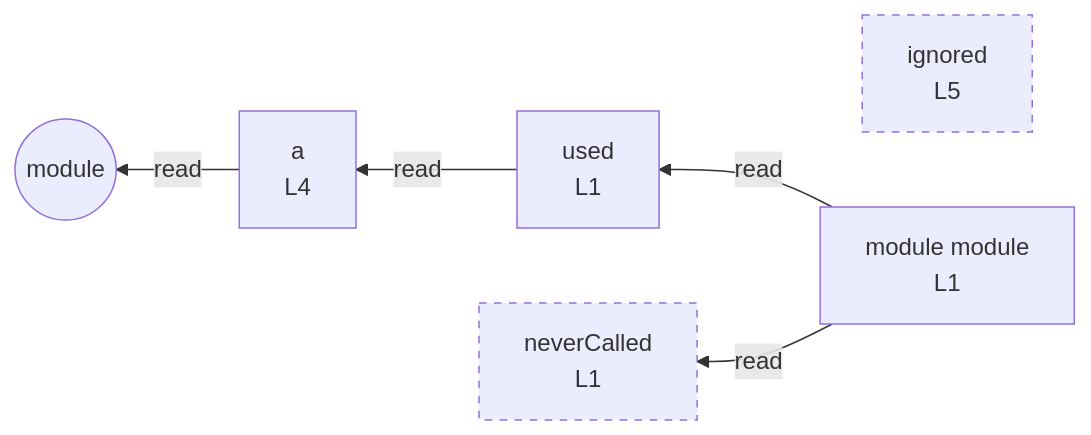
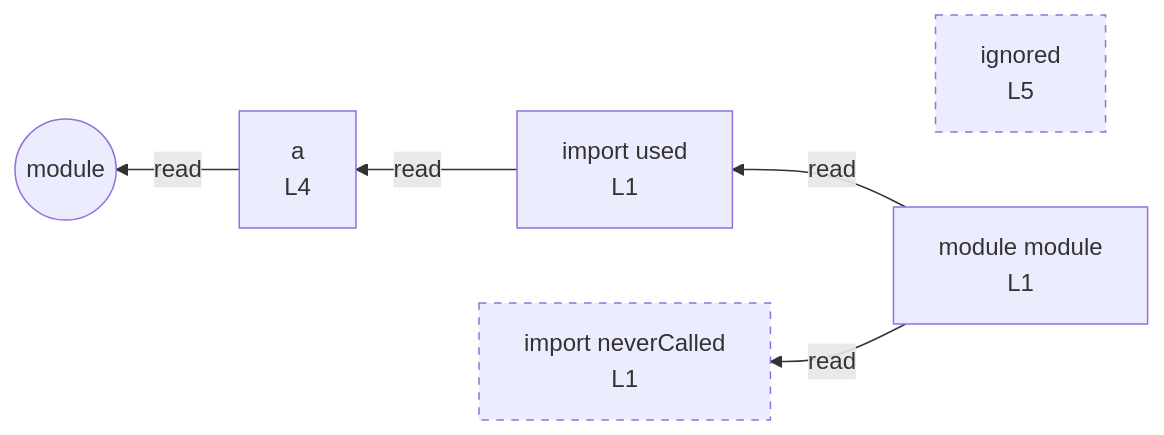
One commit to crescware/unsnarl changed the diagram in integration/fixtures/unused-and-var/preview.md. Above: the diagram before and after it, drawn with Mermaid. The commit also changed 7 other files, not shown here.

First line of the commit message:
fix(mermaid): restore 'import ' prefix on default and same-name named imports

````diff
--- a/integration/fixtures/unused-and-var/preview.md
+++ b/integration/fixtures/unused-and-var/preview.md
@@ -17,16 +17,16 @@
 ```mermaid
 flowchart RL
-  n_scope_0_used_9["used<br/>L1"]
-  n_scope_0_neverCalled_15["neverCalled<br/>L1"]
+  n_scope_0_used_9["import used<br/>L1"]
+  n_scope_0_neverCalled_15["import neverCalled<br/>L1"]
   n_scope_0_a_67["a<br/>L4"]
   n_scope_0_ignored_83["ignored<br/>L5"]
   n_scope_0_used_9 -->|read| n_scope_0_a_67
   n_scope_0_a_67 -->|read| module_root
   module_root((module))
   mod_module["module module<br/>L1"]
   mod_module -->|read| n_scope_0_used_9
   mod_module -->|read| n_scope_0_neverCalled_15
   classDef unused stroke-dasharray: 5 5;
   class n_scope_0_neverCalled_15 unused;
   class n_scope_0_ignored_83 unused;
 ```
````
